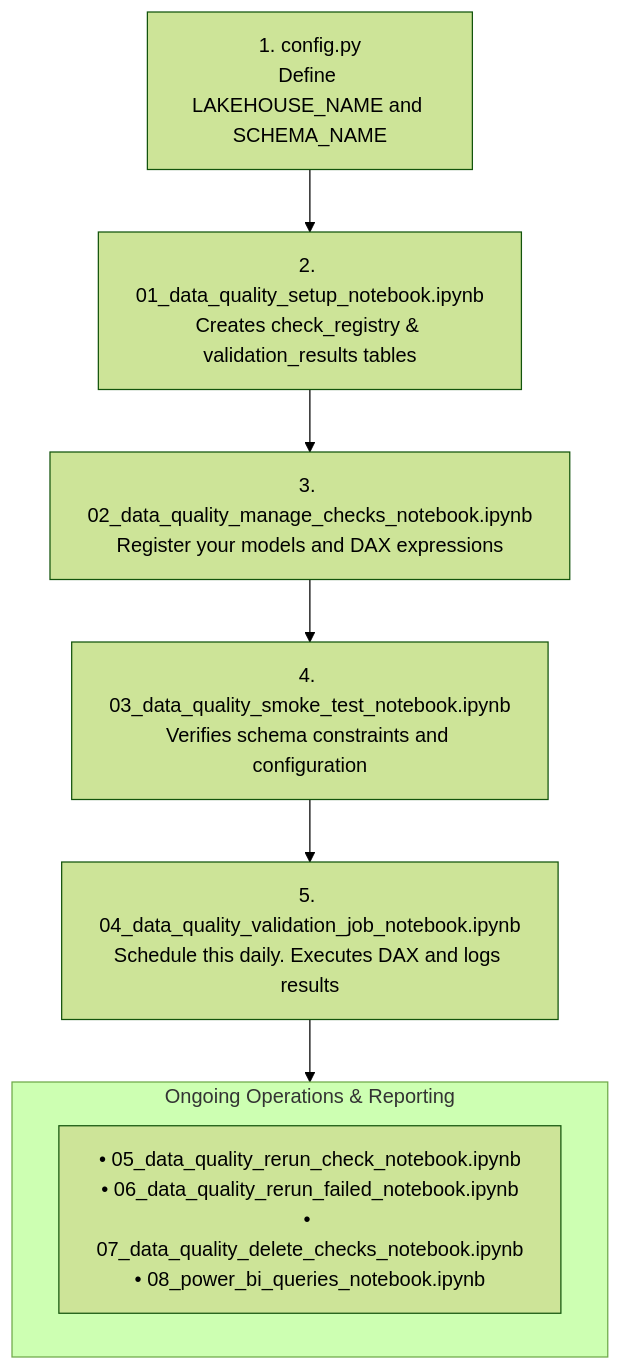
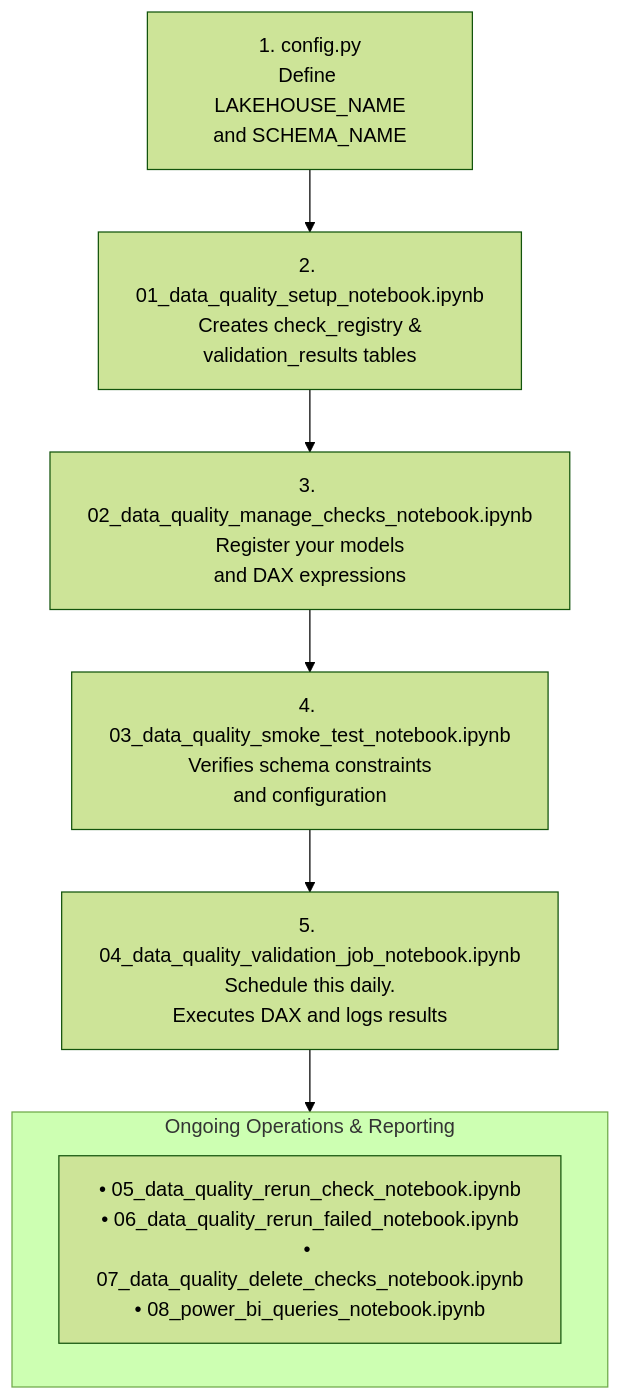
One commit to edwardpcharles/fabric-pbi-data-quality-notebook changed the second of 3 diagrams in README.md. Above: the diagram before and after it, drawn with Mermaid (forest theme). The commit also changed other lines of this file, not shown here.

Commit message:
docs: improve text wrapping in Mermaid diagrams

````diff
--- a/README.md
+++ b/README.md
@@ -44,14 +44,14 @@
 ```mermaid
 flowchart TD
-    Config["1. config.py<br>Define LAKEHOUSE_NAME and SCHEMA_NAME"]
-    Setup["2. 01_data_quality_setup_notebook.ipynb<br>Creates check_registry & validation_results tables"]
-    Manage["3. 02_data_quality_manage_checks_notebook.ipynb<br>Register your models and DAX expressions"]
-    Smoke["4. 03_data_quality_smoke_test_notebook.ipynb<br>Verifies schema constraints and configuration"]
-    Job["5. 04_data_quality_validation_job_notebook.ipynb<br>Schedule this daily. Executes DAX and logs results"]
+    Config["1. config.py<br>Define LAKEHOUSE_NAME<br>and SCHEMA_NAME"]
+    Setup["2. 01_data_quality_setup_notebook.ipynb<br>Creates check_registry &<br>validation_results tables"]
+    Manage["3. 02_data_quality_manage_checks_notebook.ipynb<br>Register your models<br>and DAX expressions"]
+    Smoke["4. 03_data_quality_smoke_test_notebook.ipynb<br>Verifies schema constraints<br>and configuration"]
+    Job["5. 04_data_quality_validation_job_notebook.ipynb<br>Schedule this daily.<br>Executes DAX and logs results"]
     
     subgraph Operations [Ongoing Operations & Reporting]
         OpsFiles["• 05_data_quality_rerun_check_notebook.ipynb<br>• 06_data_quality_rerun_failed_notebook.ipynb<br>• 07_data_quality_delete_checks_notebook.ipynb<br>• 08_power_bi_queries_notebook.ipynb"]
     end
 
     Config --> Setup --> Manage --> Smoke --> Job --> Operations
 ```
````
